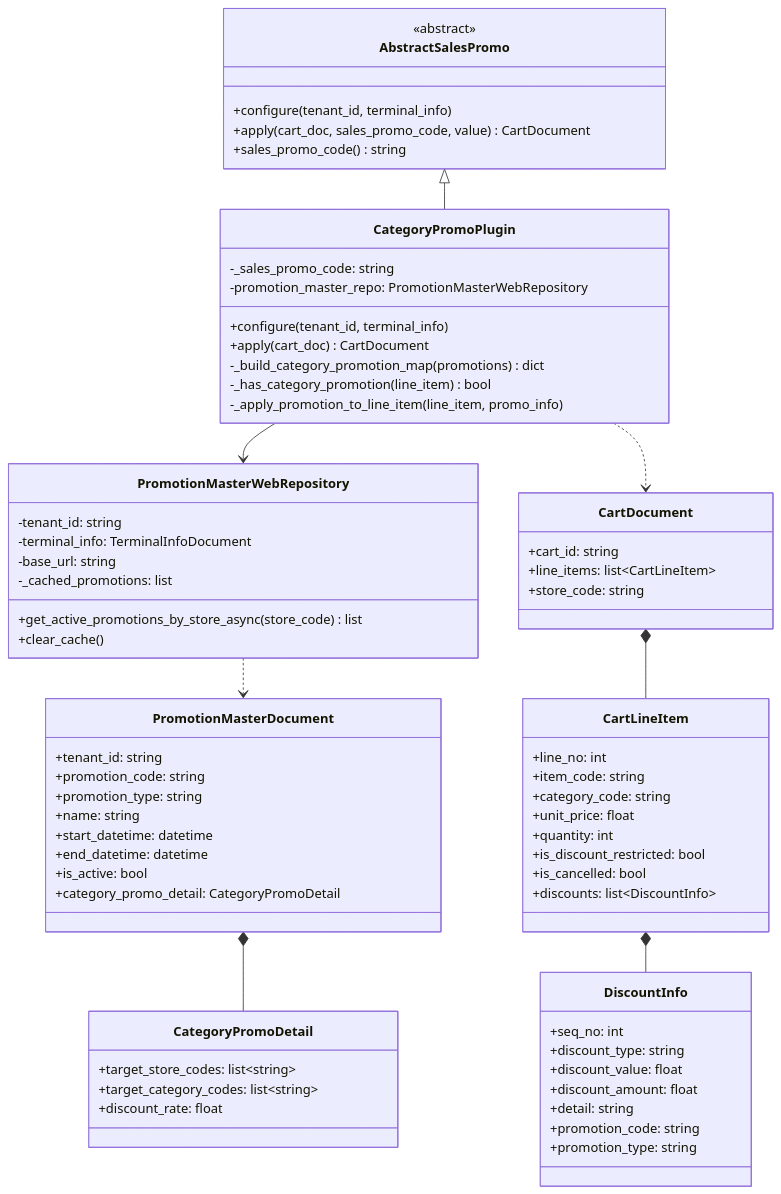
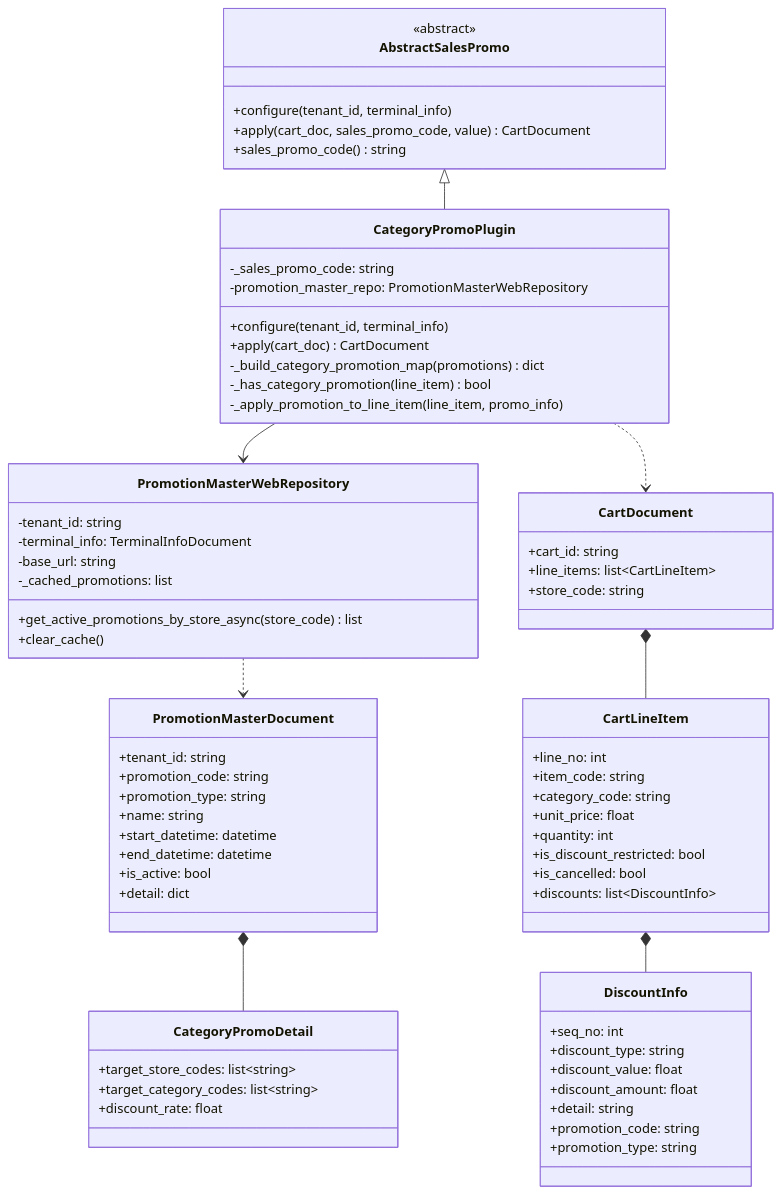
Before and after one commit to kugel-masa/kugelpos-backend: the third of 8 diagrams in specs/1-category-promo/architecture-diagrams.md, drawn with Mermaid. The commit also changed 18 other files, not shown here.

First line of the commit message:
refactor: Rename category_promo_detail to generic detail field and fix discount bugs

````diff
--- a/specs/1-category-promo/architecture-diagrams.md
+++ b/specs/1-category-promo/architecture-diagrams.md
@@ -108,80 +108,80 @@
 ```mermaid
 classDiagram
     class AbstractSalesPromo {
         <<abstract>>
         +configure(tenant_id, terminal_info)
         +apply(cart_doc, sales_promo_code, value) CartDocument
         +sales_promo_code() string
     }
 
     class CategoryPromoPlugin {
         -_sales_promo_code: string
         -promotion_master_repo: PromotionMasterWebRepository
         +configure(tenant_id, terminal_info)
         +apply(cart_doc) CartDocument
         -_build_category_promotion_map(promotions) dict
         -_has_category_promotion(line_item) bool
         -_apply_promotion_to_line_item(line_item, promo_info)
     }
 
     class PromotionMasterWebRepository {
         -tenant_id: string
         -terminal_info: TerminalInfoDocument
         -base_url: string
         -_cached_promotions: list
         +get_active_promotions_by_store_async(store_code) list
         +clear_cache()
     }
 
     class PromotionMasterDocument {
         +tenant_id: string
         +promotion_code: string
         +promotion_type: string
         +name: string
         +start_datetime: datetime
         +end_datetime: datetime
         +is_active: bool
-        +category_promo_detail: CategoryPromoDetail
+        +detail: dict
     }
 
     class CategoryPromoDetail {
         +target_store_codes: list~string~
         +target_category_codes: list~string~
         +discount_rate: float
     }
 
     class CartDocument {
         +cart_id: string
         +line_items: list~CartLineItem~
         +store_code: string
     }
 
     class CartLineItem {
         +line_no: int
         +item_code: string
         +category_code: string
         +unit_price: float
         +quantity: int
         +is_discount_restricted: bool
         +is_cancelled: bool
         +discounts: list~DiscountInfo~
     }
 
     class DiscountInfo {
         +seq_no: int
         +discount_type: string
         +discount_value: float
         +discount_amount: float
         +detail: string
         +promotion_code: string
         +promotion_type: string
     }
 
     AbstractSalesPromo <|-- CategoryPromoPlugin
     CategoryPromoPlugin --> PromotionMasterWebRepository
     PromotionMasterWebRepository ..> PromotionMasterDocument
     PromotionMasterDocument *-- CategoryPromoDetail
     CartDocument *-- CartLineItem
     CartLineItem *-- DiscountInfo
     CategoryPromoPlugin ..> CartDocument
 ```
````
